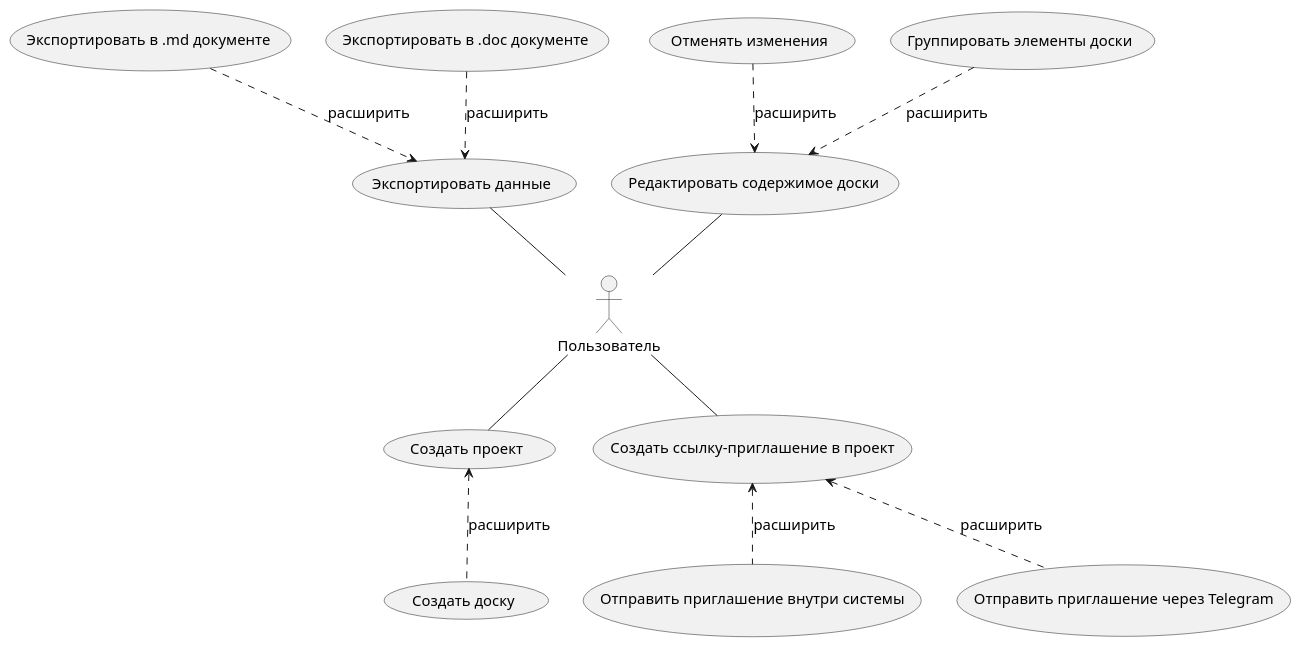
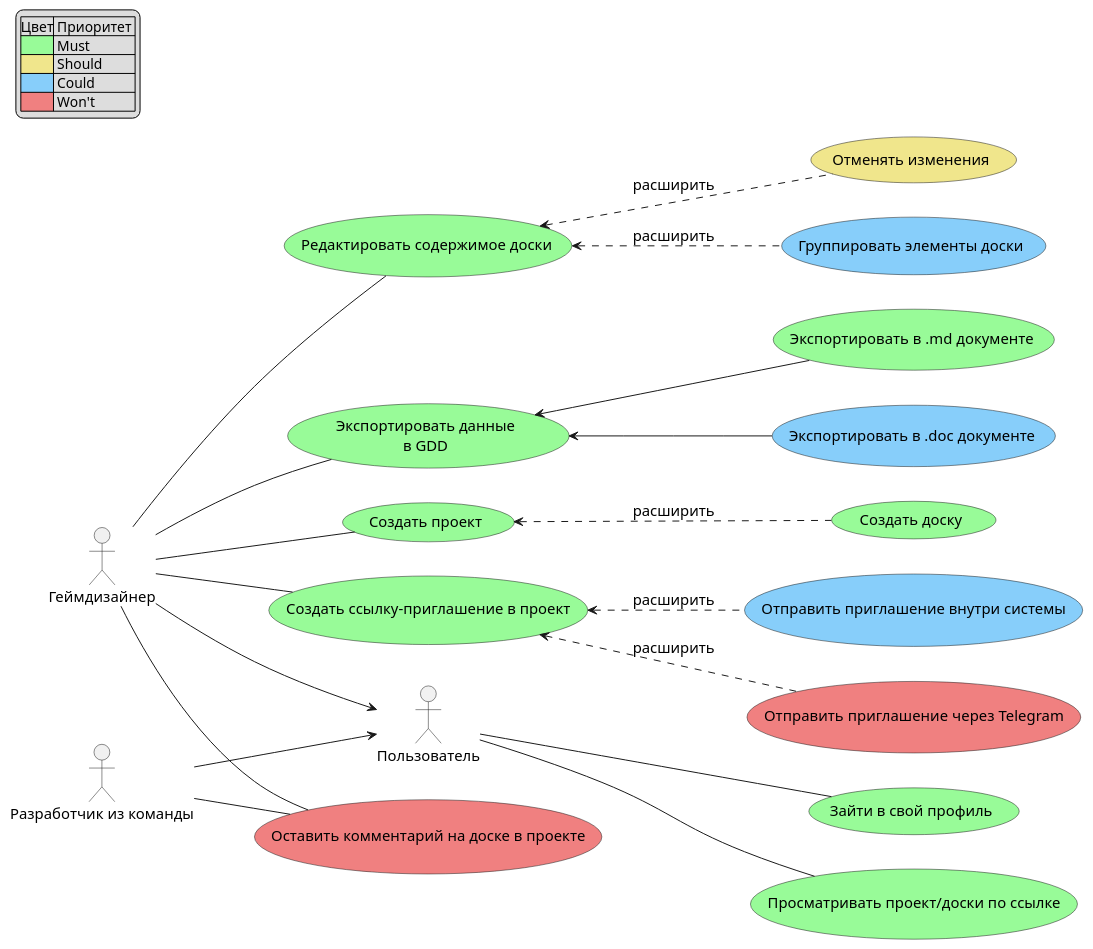
One commit to MentalSmoge/HSE-DSS changed the diagram in diagrams/usecase/usecase.puml. Above: the diagram before and after it, drawn with PlantUML.

Commit message:
Updated usecase diagram

```diff
--- a/diagrams/usecase/usecase.puml
+++ b/diagrams/usecase/usecase.puml
@@ -1,15 +1,45 @@
 @startuml sas
+left to right direction
+legend top left
+    |Цвет| Приоритет |
+    |<#palegreen>| Must|
+    |<#Khaki>| Should |
+    |<#LightSkyBlue>| Could |
+    |<#LightCoral>| Won't |
+endlegend
 skinparam defaultFontSize 15
 actor Пользователь as user
-user -- (Создать проект)
-(Создать проект) <.. (Создать доску) : расширить
-user -- (Создать ссылку-приглашение в проект)
-(Создать ссылку-приглашение в проект) <.. (Отправить приглашение через Telegram) : расширить
-(Создать ссылку-приглашение в проект) <.. (Отправить приглашение внутри системы) : расширить
-user -up- (Редактировать содержимое доски)
-(Редактировать содержимое доски) <.up. (Группировать элементы доски) : расширить
-(Редактировать содержимое доски) <.up. (Отменять изменения) : расширить
-user -up- (Экспортировать данные)
-(Экспортировать данные) <.up. (Экспортировать в .doc документе) : расширить
-(Экспортировать данные) <.up. (Экспортировать в .md документе) : расширить
+actor Геймдизайнер as designer
+actor "Разработчик из команды" as developer
+usecase (Зайти в свой профиль) as login #palegreen
+usecase (Создать проект) as create_project #palegreen
+usecase (Создать доску) as create_board #palegreen
+usecase (Создать ссылку-приглашение в проект) as create_invitation #palegreen
+usecase (Отправить приглашение через Telegram) as send_via_telegram #LightCoral
+usecase (Отправить приглашение внутри системы) as send_via_system #LightSkyBlue
+usecase (Редактировать содержимое доски) as edit_board #palegreen
+usecase (Группировать элементы доски) as group_in_board #LightSkyBlue
+usecase (Отменять изменения) as rollback #Khaki
+usecase (Экспортировать данные\nв GDD) as export_gdd #palegreen
+usecase (Экспортировать в .doc документе) as export_as_doc #LightSkyBlue
+usecase (Экспортировать в .md документе) as export_as_md #palegreen
+usecase (Просматривать проект/доски по ссылке) as readonly #palegreen
+usecase (Оставить комментарий на доске в проекте) as comment #LightCoral
+developer -- comment
+designer -- comment
+designer --> user
+developer --> user
+designer -- create_project
+user -- login
+user -- readonly
+create_project <.. create_board : расширить
+designer -- create_invitation
+create_invitation <.. send_via_telegram : расширить
+create_invitation <.. send_via_system : расширить
+designer -- edit_board
+edit_board <.. group_in_board : расширить
+edit_board <.. rollback : расширить
+designer -- export_gdd
+export_gdd <-- export_as_doc 
+export_gdd <-- export_as_md
 @enduml
```
